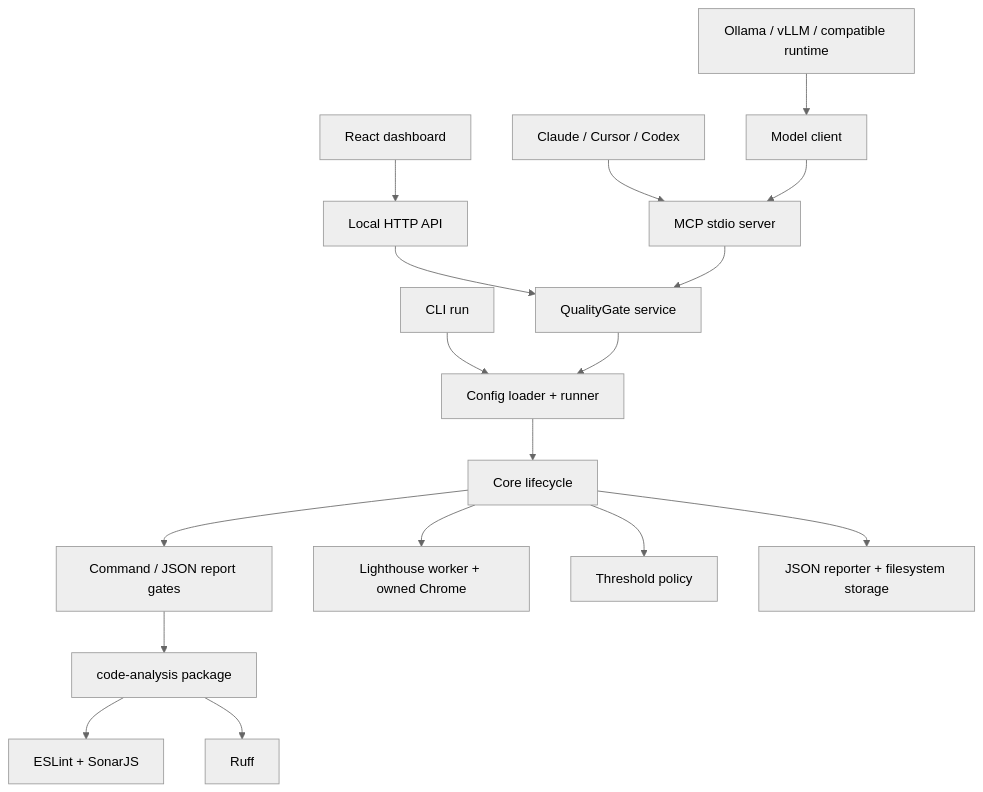
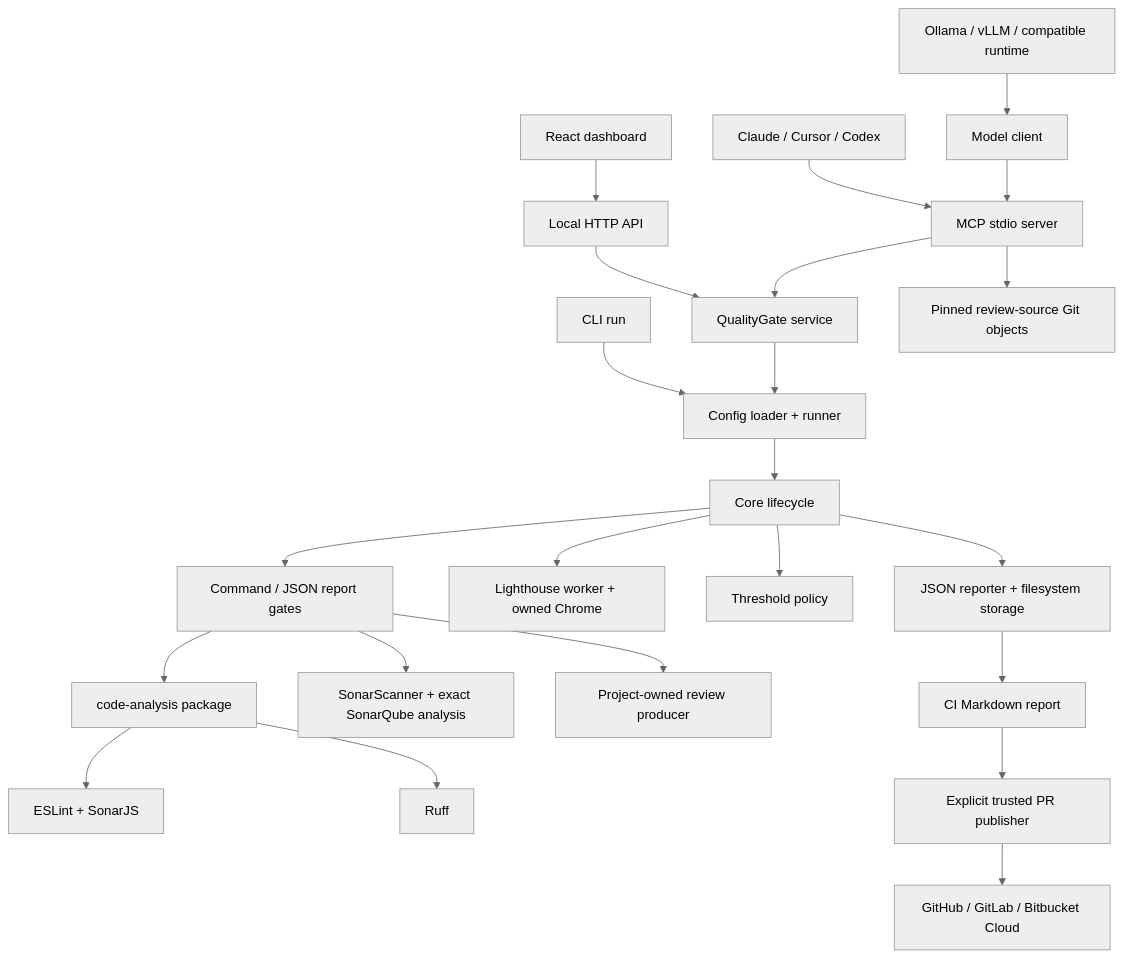
The diagram in docs/ARCHITECTURE.md (nikolai-tatianenko/lighthouse-nodejs-cicd), drawn with Mermaid (neutral theme) before and after one commit. The commit also changed other lines of this file and 43 other files, not shown here.

````diff
--- a/docs/ARCHITECTURE.md
+++ b/docs/ARCHITECTURE.md
@@ -3,19 +3,25 @@
 ```mermaid
 flowchart TD
   UI[React dashboard] --> HTTP[Local HTTP API]
   HTTP --> Service[QualityGate service]
   Agents[Claude / Cursor / Codex] --> MCP[MCP stdio server]
   Models[Ollama / vLLM / compatible runtime] --> Bridge[Model client]
   Bridge --> MCP
   MCP --> Service
   CLI[CLI run] --> Runner[Config loader + runner]
   Service --> Runner
   Runner --> Core[Core lifecycle]
   Core --> Gates[Command / JSON report gates]
   Gates --> Analyzer[code-analysis package]
+  Gates --> Sonar[SonarScanner + exact SonarQube analysis]
+  Gates --> Review[Project-owned review producer]
+  MCP --> Sources[Pinned review-source Git objects]
   Analyzer --> TS[ESLint + SonarJS]
   Analyzer --> Python[Ruff]
   Core --> Lighthouse[Lighthouse worker + owned Chrome]
   Core --> Policy[Threshold policy]
   Core --> Evidence[JSON reporter + filesystem storage]
+  Evidence --> CI[CI Markdown report]
+  CI --> Publisher[Explicit trusted PR publisher]
+  Publisher --> Forges[GitHub / GitLab / Bitbucket Cloud]
 ```
````
